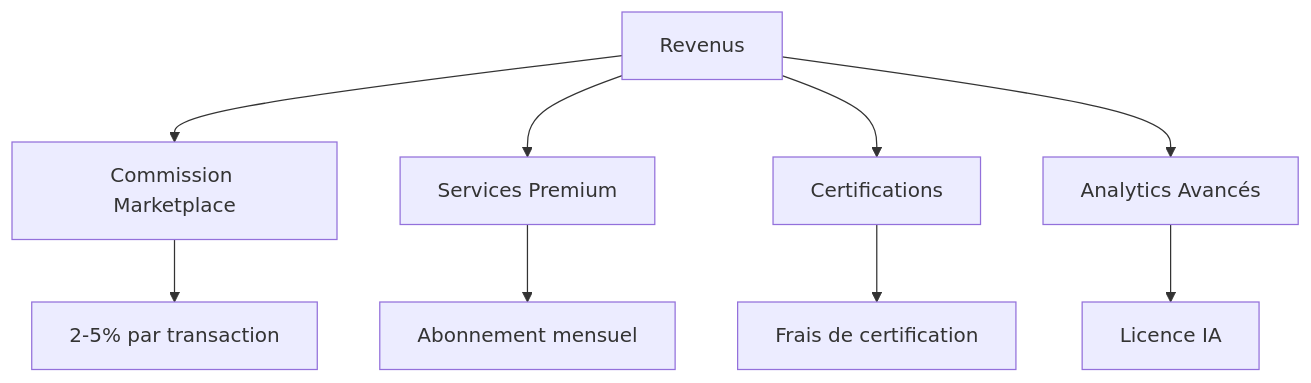
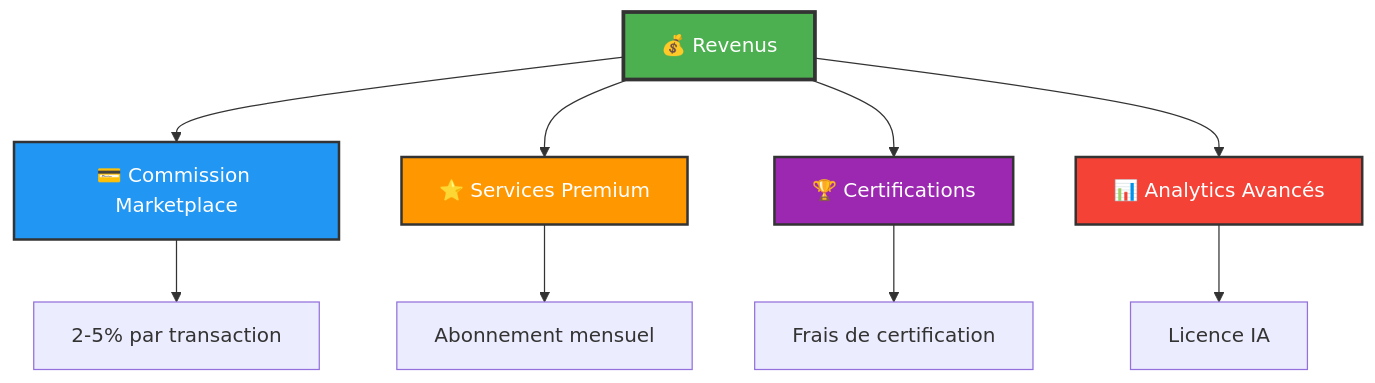
Diagram 11 of 13 in README.md (MaximeKELI/Projet-AGRICOLE), drawn with Mermaid before and after one commit. The commit also changed other lines of this file and 2 other files, not shown here.

````diff
--- a/README.md
+++ b/README.md
@@ -547,12 +982,18 @@
 ```mermaid
 graph TD
-    A[Revenus] --> B[Commission Marketplace]
-    A --> C[Services Premium]
-    A --> D[Certifications]
-    A --> E[Analytics Avancés]
+    A[💰 Revenus] --> B[💳 Commission Marketplace]
+    A --> C[⭐ Services Premium]
+    A --> D[🏆 Certifications]
+    A --> E[📊 Analytics Avancés]
     
     B --> F[2-5% par transaction]
     C --> G[Abonnement mensuel]
     D --> H[Frais de certification]
     E --> I[Licence IA]
+    
+    style A fill:#4CAF50,stroke:#333,stroke-width:3px,color:#fff
+    style B fill:#2196F3,stroke:#333,stroke-width:2px,color:#fff
+    style C fill:#FF9800,stroke:#333,stroke-width:2px,color:#fff
+    style D fill:#9C27B0,stroke:#333,stroke-width:2px,color:#fff
+    style E fill:#F44336,stroke:#333,stroke-width:2px,color:#fff
 ```
````
